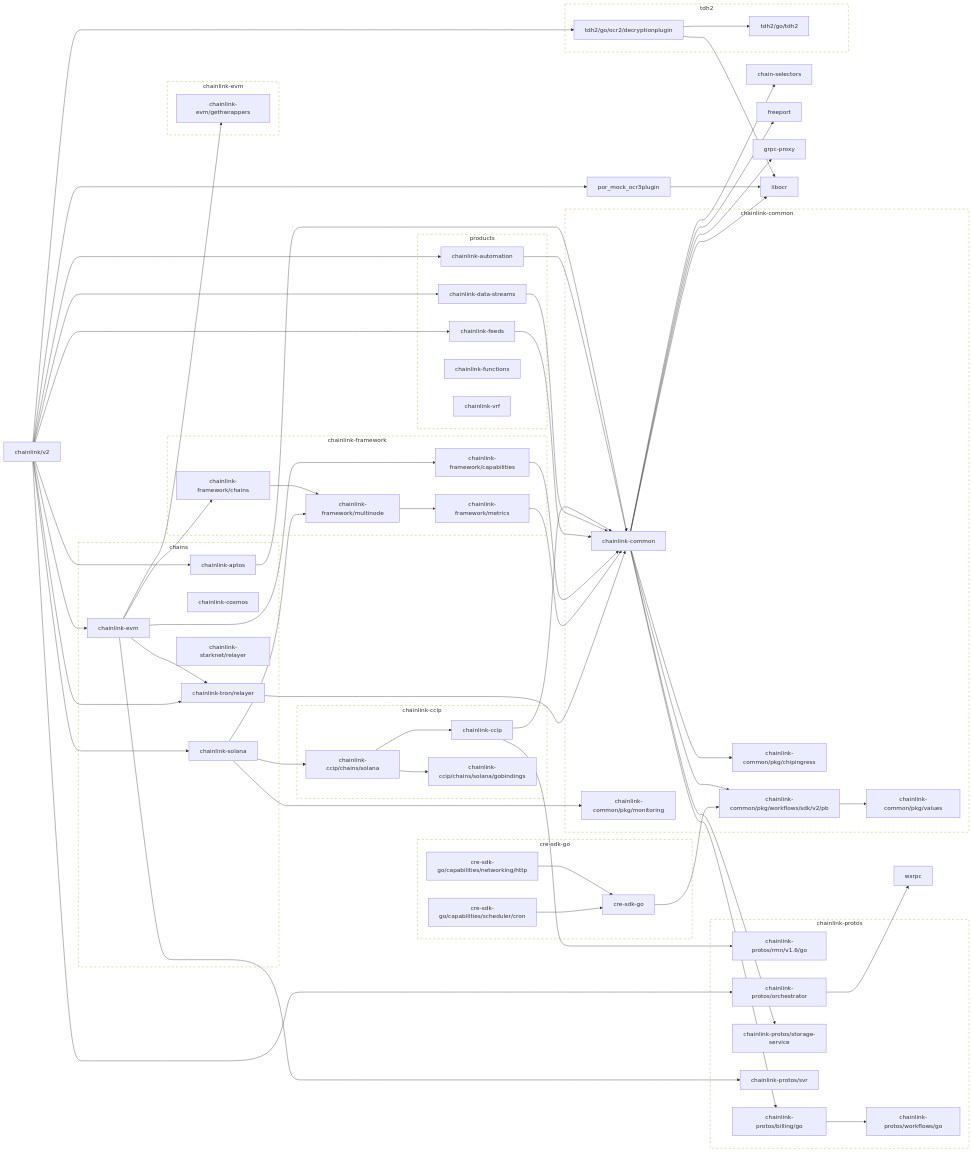
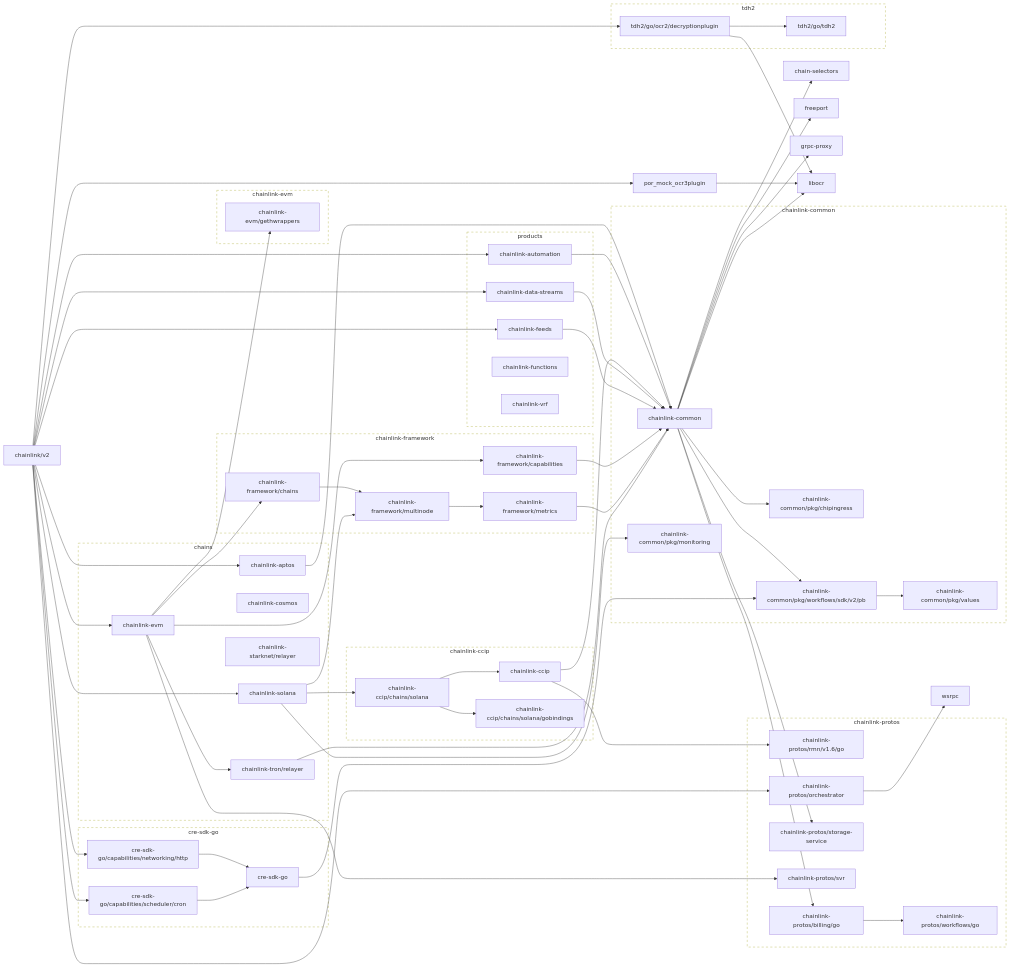
Before and after one commit to smartcontractkit/chainlink: the first of 2 diagrams in go.md, drawn with Mermaid. The commit also changed other lines of this file, not shown here.

Commit message:
Run make modgraph

```diff
--- a/go.md
+++ b/go.md
@@ -98,7 +98,8 @@
 	chainlink/v2 --> chainlink-feeds
 	chainlink/v2 --> chainlink-protos/orchestrator
 	chainlink/v2 --> chainlink-solana
-	chainlink/v2 --> chainlink-tron/relayer
+	chainlink/v2 --> cre-sdk-go/capabilities/networking/http
+	chainlink/v2 --> cre-sdk-go/capabilities/scheduler/cron
 	chainlink/v2 --> por_mock_ocr3plugin
 	chainlink/v2 --> tdh2/go/ocr2/decryptionplugin
 	click chainlink/v2 href "https://github.com/smartcontractkit/chainlink"
```
